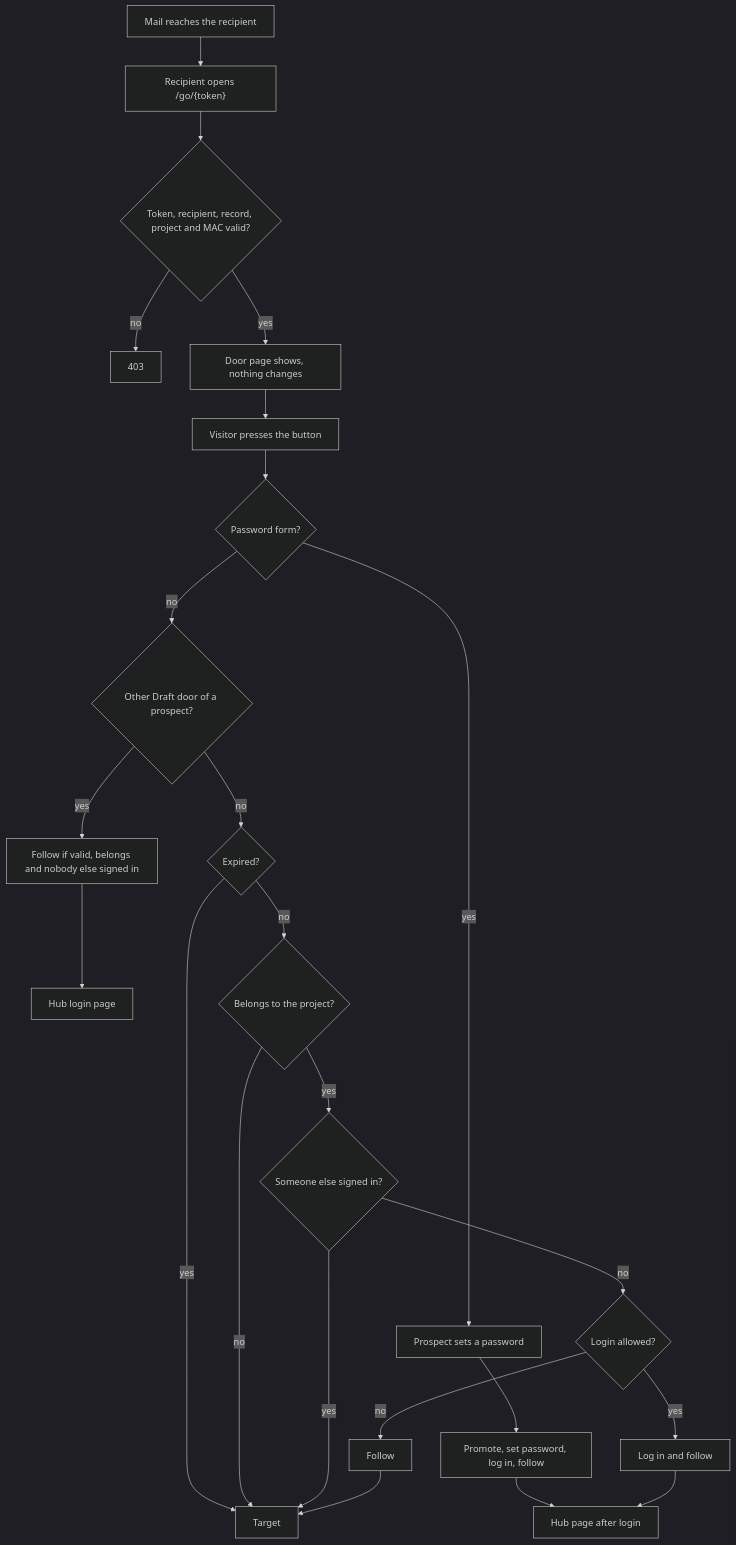
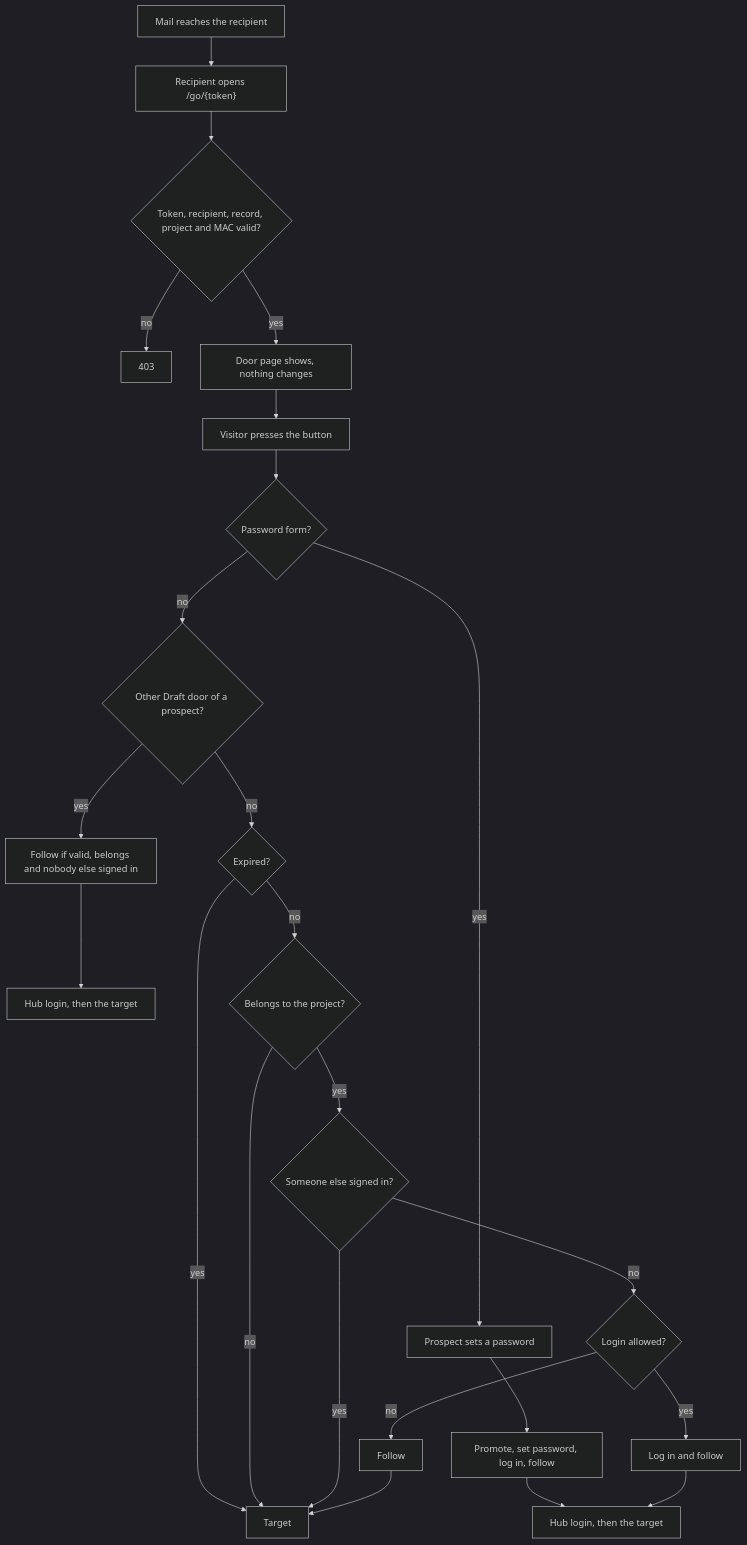
One commit to youvo/backend changed the diagram in web/modules/custom/mailer/door/README.md. Above: the diagram before and after it, drawn with Mermaid (dark theme). The commit also changed other lines of this file and 6 other files, not shown here.

````diff
--- a/web/modules/custom/mailer/door/README.md
+++ b/web/modules/custom/mailer/door/README.md
@@ -18,26 +18,26 @@
 ```mermaid
 flowchart TD
     mail[Mail reaches the recipient] --> open["Recipient opens /go/{token}"]
     open --> checks{"Token, recipient, record, project and MAC valid?"}
     checks -- no --> denied[403]
     checks -- yes --> page[Door page shows, nothing changes]
     page --> press[Visitor presses the button]
     press --> password{Password form?}
     password -- yes --> form[Prospect sets a password]
     form --> promote[Promote, set password, log in, follow]
-    promote --> hub[Hub page after login]
+    promote --> hub[Hub login, then the target]
     password -- no --> spent{"Other Draft door of a prospect?"}
     spent -- yes --> spentFollow[Follow if valid, belongs and nobody else signed in]
-    spentFollow --> hubLogin[Hub login page]
+    spentFollow --> hubLogin[Hub login, then the target]
     spent -- no --> expired{Expired?}
     expired -- yes --> target[Target]
     expired -- no --> belongs{Belongs to the project?}
     belongs -- no --> target
     belongs -- yes --> other{Someone else signed in?}
     other -- yes --> target
     other -- no --> login{Login allowed?}
     login -- yes --> loginFollow[Log in and follow]
     loginFollow --> hub
     login -- no --> follow[Follow]
     follow --> target
 ```
````
